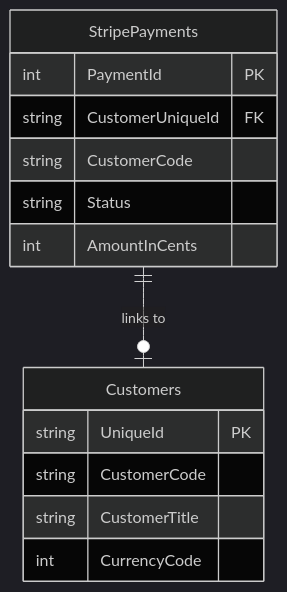
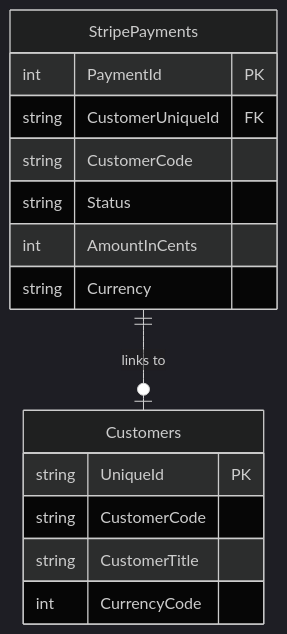
One commit to dpsystems-dev/knowledgebase changed the second of 5 diagrams in products/abm-web-portal/stripe-integration/technical-support-guide.md. Above: the diagram before and after it, drawn with Mermaid (dark theme). The commit also changed other lines of this file and 39 other files, not shown here.

````diff
--- a/products/abm-web-portal/stripe-integration/technical-support-guide.md
+++ b/products/abm-web-portal/stripe-integration/technical-support-guide.md
@@ -104,17 +109,18 @@
 ```mermaid
 erDiagram
     StripePayments ||--o| Customers : "links to"
     StripePayments {
         int PaymentId PK
         string CustomerUniqueId FK
         string CustomerCode
         string Status
         int AmountInCents
+        string Currency
     }
     Customers {
         string UniqueId PK
         string CustomerCode
         string CustomerTitle
         int CurrencyCode
     }
 ```
````
